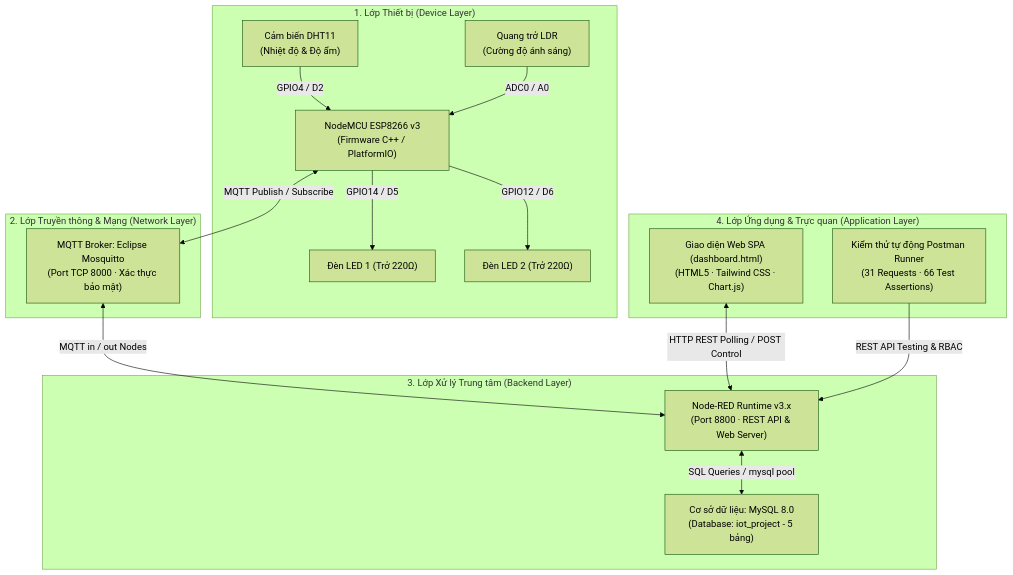
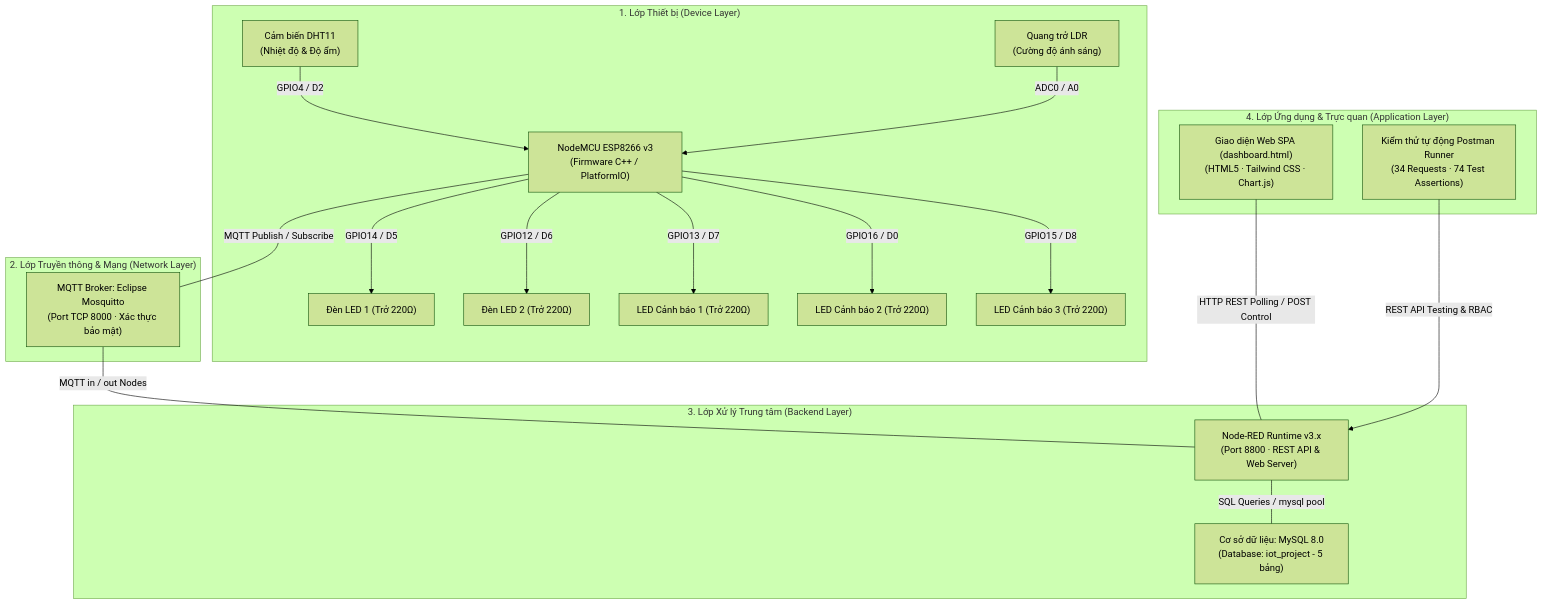
Before and after one commit to trieunguyenminhtan-ops/iot_project: the first of 2 diagrams in README.md, drawn with Mermaid (forest theme). The commit also changed other lines of this file and 7 other files, not shown here.

Commit message:
feat: Add Warning tab (3x3 grid), random sensor simulation, alert blinking LEDs and Postman tests

````diff
--- a/README.md
+++ b/README.md
@@ -24,29 +24,32 @@
 ```mermaid
 flowchart TD
     subgraph Device_Layer ["1. Lớp Thiết bị (Device Layer)"]
         DHT11["Cảm biến DHT11<br/>(Nhiệt độ & Độ ẩm)"] -->|GPIO4 / D2| NodeMCU["NodeMCU ESP8266 v3<br/>(Firmware C++ / PlatformIO)"]
         LDR["Quang trở LDR<br/>(Cường độ ánh sáng)"] -->|ADC0 / A0| NodeMCU
         NodeMCU -->|GPIO14 / D5| LED1["Đèn LED 1 (Trở 220Ω)"]
         NodeMCU -->|GPIO12 / D6| LED2["Đèn LED 2 (Trở 220Ω)"]
+        NodeMCU -->|GPIO13 / D7| ALERT_LED1["LED Cảnh báo 1 (Trở 220Ω)"]
+        NodeMCU -->|GPIO16 / D0| ALERT_LED2["LED Cảnh báo 2 (Trở 220Ω)"]
+        NodeMCU -->|GPIO15 / D8| ALERT_LED3["LED Cảnh báo 3 (Trở 220Ω)"]
     end
 
     subgraph Network_Layer ["2. Lớp Truyền thông & Mạng (Network Layer)"]
         Broker["MQTT Broker: Eclipse Mosquitto<br/>(Port TCP 8000 · Xác thực bảo mật)"]
     end
 
     subgraph Middleware_Layer ["3. Lớp Xử lý Trung tâm (Backend Layer)"]
         NodeRED["Node-RED Runtime v3.x<br/>(Port 8800 · REST API & Web Server)"]
         DB["Cơ sở dữ liệu: MySQL 8.0<br/>(Database: iot_project - 5 bảng)"]
     end
 
     subgraph Application_Layer ["4. Lớp Ứng dụng & Trực quan (Application Layer)"]
         SPA["Giao diện Web SPA (dashboard.html)<br/>(HTML5 · Tailwind CSS · Chart.js)"]
-        Postman["Kiểm thử tự động Postman Runner<br/>(31 Requests · 66 Test Assertions)"]
+        Postman["Kiểm thử tự động Postman Runner<br/>(34 Requests · 74 Test Assertions)"]
     end
 
-    NodeMCU <-->|MQTT Publish / Subscribe| Broker
-    Broker <-->|MQTT in / out Nodes| NodeRED
-    NodeRED <-->|SQL Queries / mysql pool| DB
-    SPA <-->|HTTP REST Polling / POST Control| NodeRED
-    Postman -->|REST API Testing & RBAC| NodeRED
+    NodeMCU ---|"MQTT Publish / Subscribe"| Broker
+    Broker ---|"MQTT in / out Nodes"| NodeRED
+    NodeRED ---|"SQL Queries / mysql pool"| DB
+    SPA ---|"HTTP REST Polling / POST Control"| NodeRED
+    Postman --->|"REST API Testing & RBAC"| NodeRED
 ```
````
